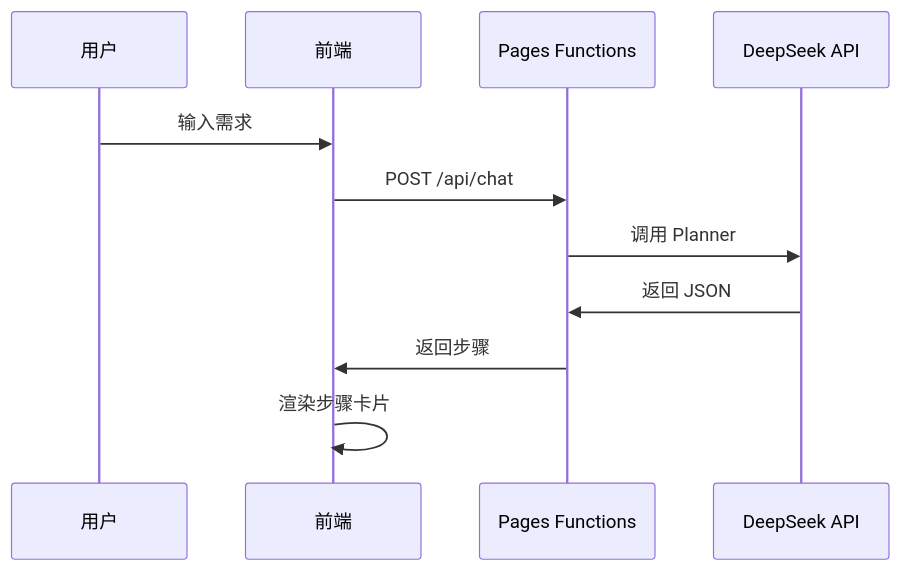
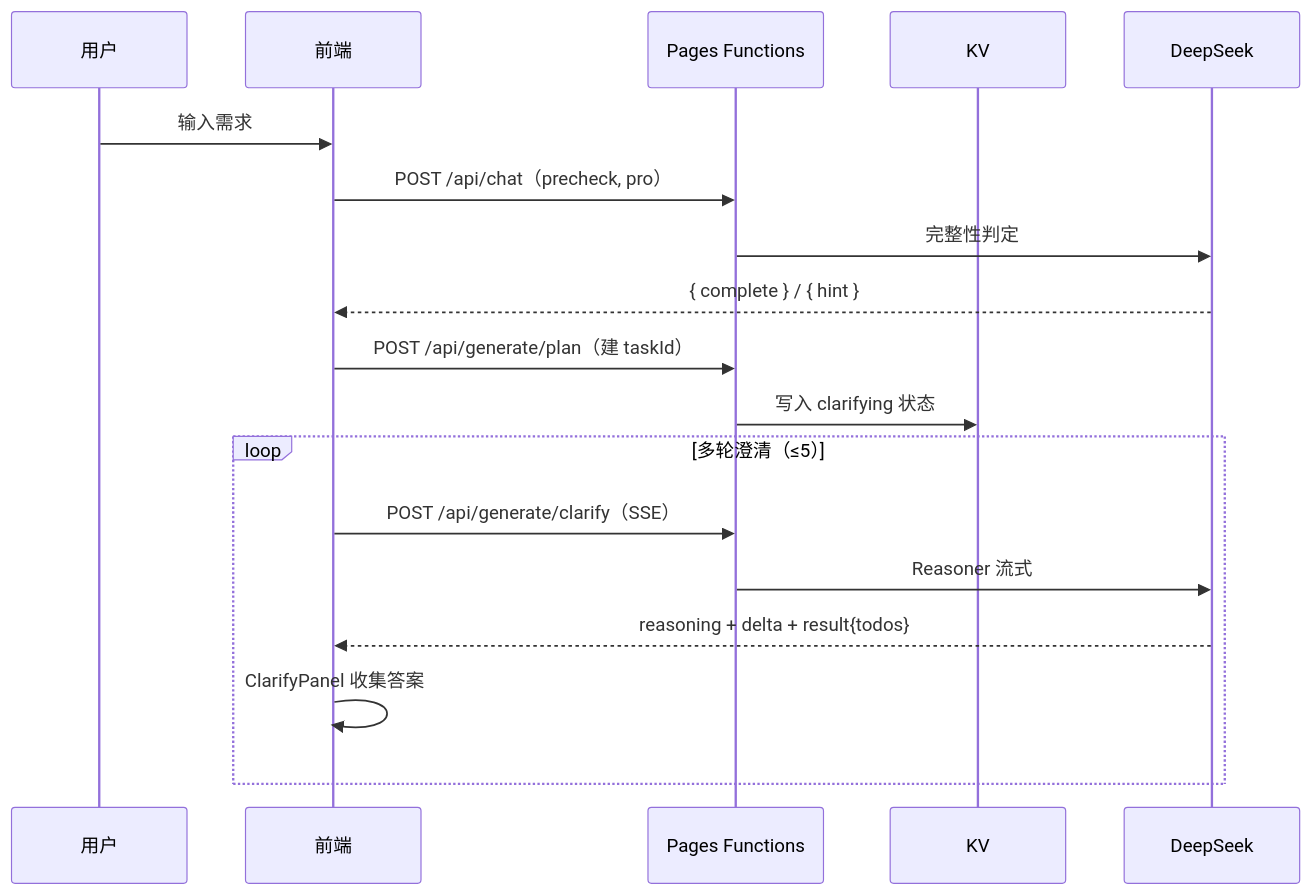
Before and after one commit to superwfox/minecraft-dev: the second of 3 diagrams in docs/technical/architecture.md, drawn with Mermaid. The commit also changed other lines of this file and 19 other files, not shown here.

````diff
--- a/docs/technical/architecture.md
+++ b/docs/technical/architecture.md
@@ -149,14 +110,21 @@
 ```mermaid
 sequenceDiagram
     participant U as 用户
     participant F as 前端
     participant API as Pages Functions
-    participant AI as DeepSeek API
+    participant KV as KV
+    participant AI as DeepSeek
 
     U->>F: 输入需求
-    F->>API: POST /api/chat
-    API->>AI: 调用 Planner
-    AI->>API: 返回 JSON
-    API->>F: 返回步骤
-    F->>F: 渲染步骤卡片
+    F->>API: POST /api/chat（precheck, pro）
+    API->>AI: 完整性判定
+    AI-->>F: { complete } / { hint }
+    F->>API: POST /api/generate/plan（建 taskId）
+    API->>KV: 写入 clarifying 状态
+    loop 多轮澄清（≤5）
+        F->>API: POST /api/generate/clarify（SSE）
+        API->>AI: Reasoner 流式
+        AI-->>F: reasoning + delta + result{todos}
+        F->>F: ClarifyPanel 收集答案
+    end
 ```
````
